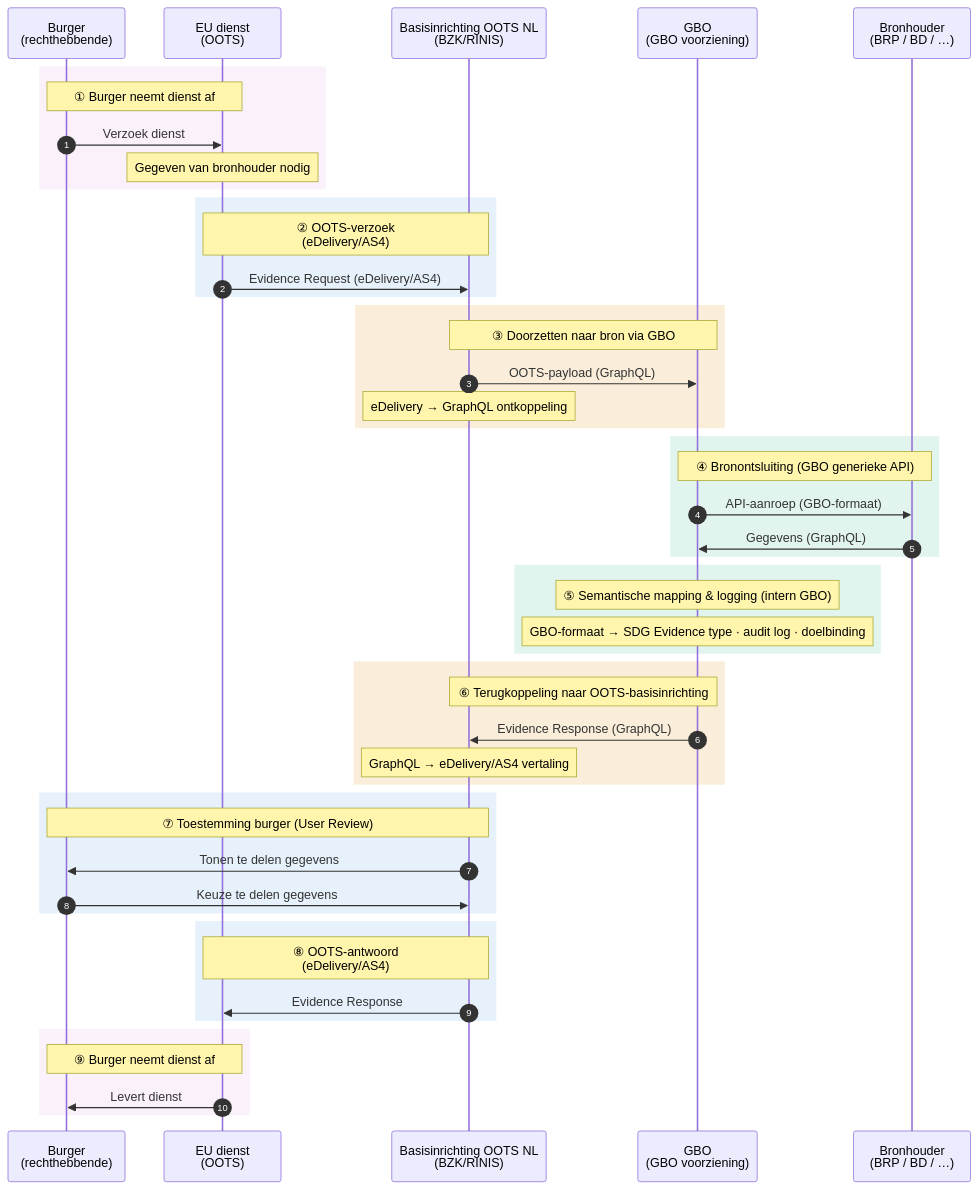
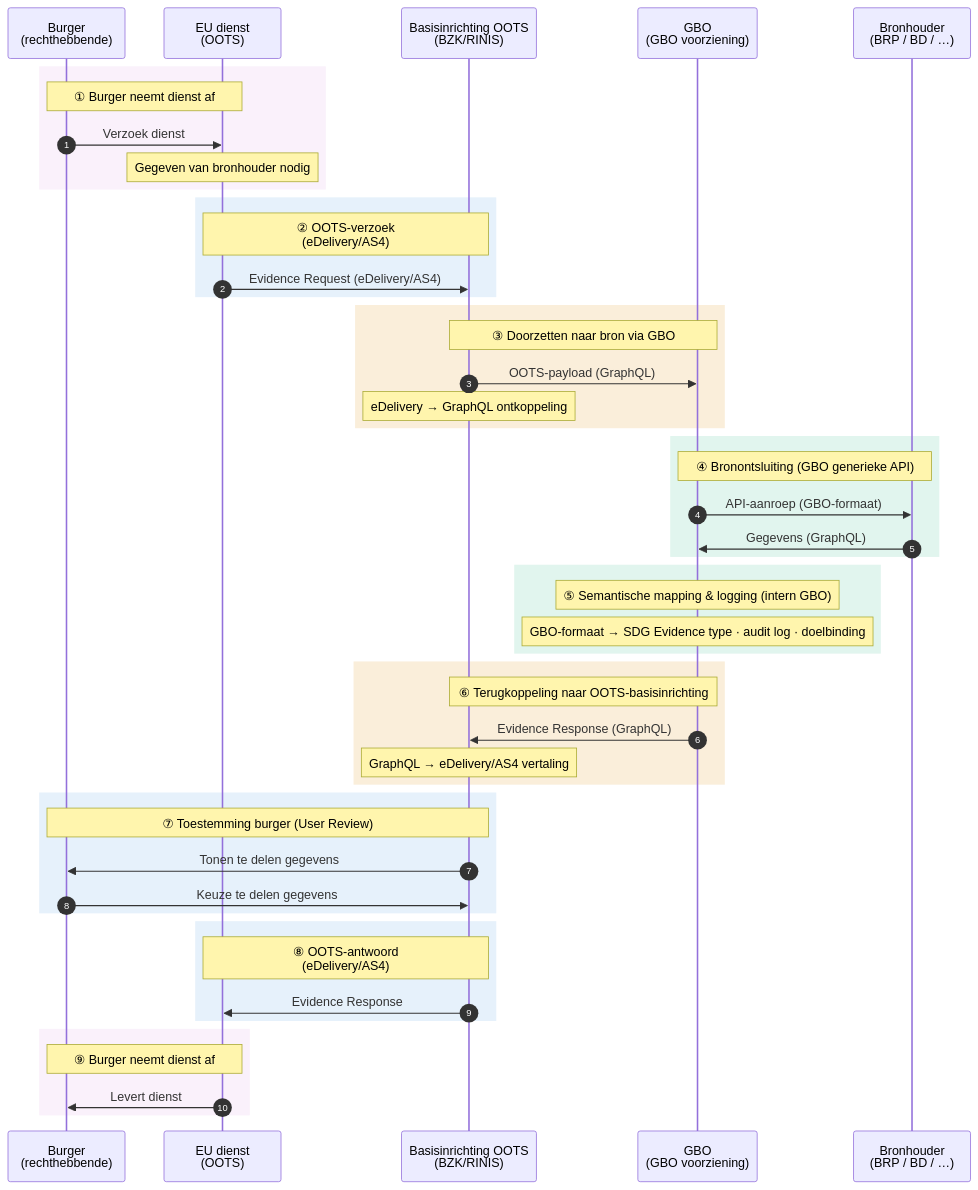
The diagram in main/diagrammen/interactiepatroon-OOTS-verzoek.mmd (ICTU/GBO-GO), drawn with Mermaid before and after one commit. The commit also changed 3 other files, not shown here.

```diff
--- a/main/diagrammen/interactiepatroon-OOTS-verzoek.mmd
+++ b/main/diagrammen/interactiepatroon-OOTS-verzoek.mmd
@@ -1,57 +1,57 @@
 sequenceDiagram
     autonumber
     participant BRG as Burger<br/>(rechthebbende)
     participant EU as EU dienst<br/>(OOTS)
-    participant RINIS as Basisinrichting OOTS NL<br />(BZK/RINIS)
+    participant RINIS as Basisinrichting OOTS<br />(BZK/RINIS)
     participant GBO as GBO<br/>(GBO voorziening)
     participant BRH as Bronhouder<br/>(BRP / BD / …)
 
     rect rgb(250, 241, 251)
         Note over BRG,EU: ① Burger neemt dienst af
         BRG->>EU: Verzoek dienst
         Note over EU: Gegeven van bronhouder nodig
     end
 
     rect rgb(230, 241, 251)
         Note over EU,RINIS: ② OOTS-verzoek<br />(eDelivery/AS4)
         EU->>RINIS: Evidence Request (eDelivery/AS4)
     end
 
     rect rgb(250, 238, 218)
         Note over RINIS,GBO: ③ Doorzetten naar bron via GBO
         RINIS->>GBO: OOTS-payload (GraphQL)
         Note over RINIS: eDelivery → GraphQL ontkoppeling
     end
 
     rect rgb(225, 245, 238)
         Note over GBO,BRH: ④ Bronontsluiting (GBO generieke API)
         GBO->>BRH: API-aanroep (GBO-formaat)
         BRH->>GBO: Gegevens (GraphQL)
     end
 
     rect rgb(225, 245, 238)
         Note over GBO: ⑤ Semantische mapping & logging (intern GBO)
         Note over GBO: GBO-formaat → SDG Evidence type · audit log · doelbinding
     end
 
     rect rgb(250, 238, 218)
         Note over GBO,RINIS: ⑥ Terugkoppeling naar OOTS-basisinrichting
         GBO->>RINIS: Evidence Response (GraphQL)
         Note over RINIS: GraphQL → eDelivery/AS4 vertaling
     end
 
     rect rgb(230, 241, 251)
         Note over RINIS,BRG: ⑦ Toestemming burger (User Review)
         RINIS->>BRG: Tonen te delen gegevens
         BRG->>RINIS: Keuze te delen gegevens
     end
 
     rect rgb(230, 241, 251)
         Note over EU,RINIS: ⑧ OOTS-antwoord<br />(eDelivery/AS4)
         RINIS->>EU: Evidence Response
     end
 
     rect rgb(250, 241, 251)
         Note over BRG,EU: ⑨ Burger neemt dienst af
         EU->>BRG: Levert dienst
     end
```
